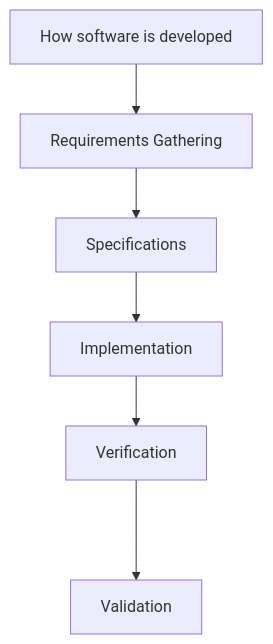
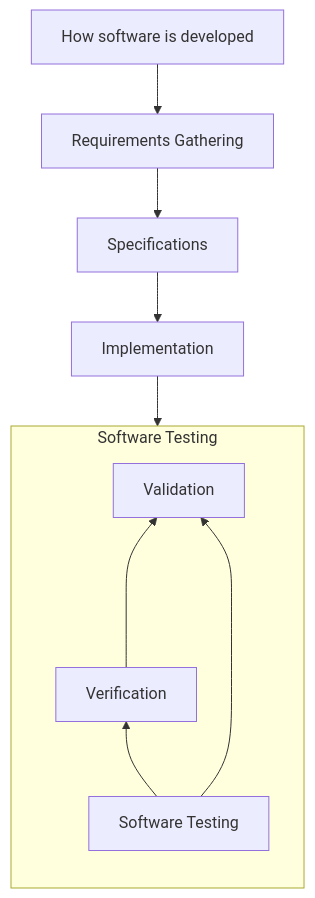
One commit to sd4483/Obsidian changed the diagram in Software Testing/Begin Here.md. Above: the diagram before and after it, drawn with Mermaid. The commit also changed 1 other file, not shown here.

Commit message:
vault backup: 2023-02-28 22:30:15

````diff
--- a/Software Testing/Begin Here.md
+++ b/Software Testing/Begin Here.md
@@ -1,7 +1,11 @@
 ```mermaid
 flowchart TD
 	software[How software is developed]-->req[Requirements Gathering]
 	req --> spec[Specifications] --> impl[Implementation]
 	impl --> verif[Verification]
 	verif ---> val[Validation]
+	subgraph Software Testing
+		direction BT
+		main[Software Testing] --> verif & val
+	end
 ```
````
